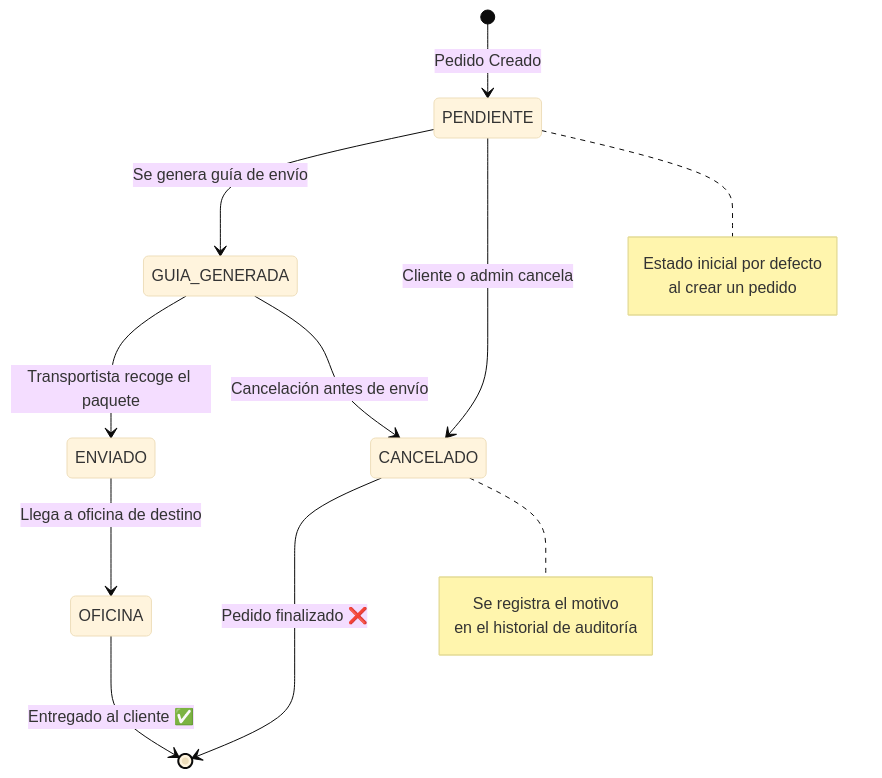
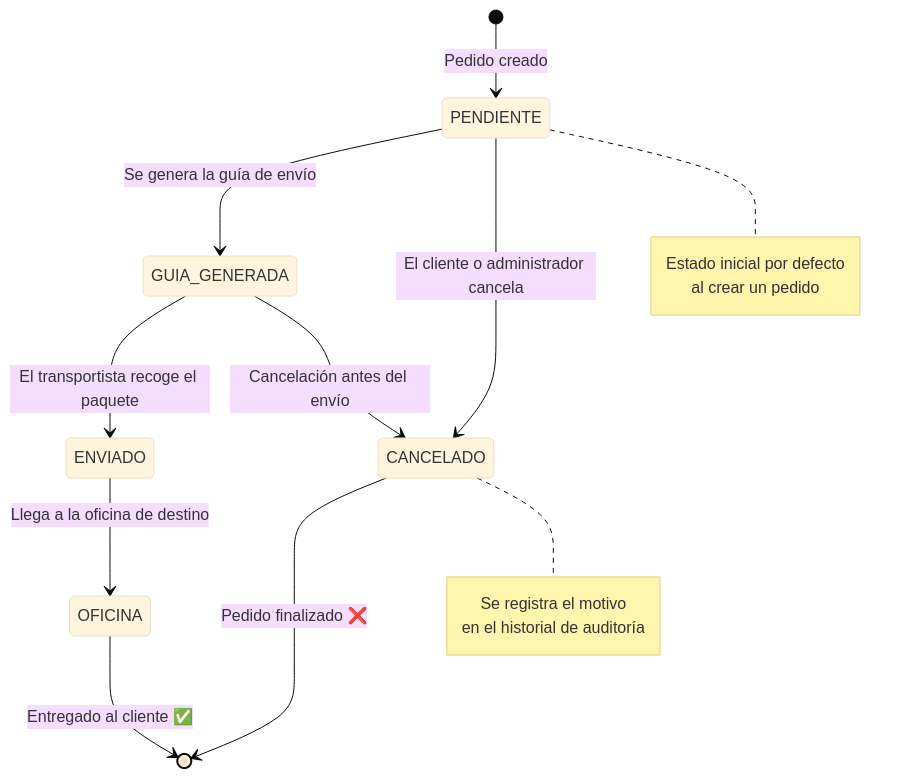
One commit to sernapereira/crm-lastere changed the third of 5 diagrams in README.md. Above: the diagram before and after it, drawn with Mermaid (base theme). The commit also changed other lines of this file, not shown here.

````diff
--- a/README.md
+++ b/README.md
@@ -247,23 +247,23 @@
 ```mermaid
 stateDiagram-v2
-    [*] --> PENDIENTE: Pedido Creado
-    PENDIENTE --> GUIA_GENERADA: Se genera guía de envío
-    GUIA_GENERADA --> ENVIADO: Transportista recoge el paquete
-    ENVIADO --> OFICINA: Llega a oficina de destino
+    [*] --> PENDIENTE: Pedido creado
+    PENDIENTE --> GUIA_GENERADA: Se genera la guía de envío
+    GUIA_GENERADA --> ENVIADO: El transportista recoge el paquete
+    ENVIADO --> OFICINA: Llega a la oficina de destino
     OFICINA --> [*]: Entregado al cliente ✅
 
-    PENDIENTE --> CANCELADO: Cliente o admin cancela
-    GUIA_GENERADA --> CANCELADO: Cancelación antes de envío
+    PENDIENTE --> CANCELADO: El cliente o administrador cancela
+    GUIA_GENERADA --> CANCELADO: Cancelación antes del envío
     
     CANCELADO --> [*]: Pedido finalizado ❌
 
     note right of PENDIENTE
         Estado inicial por defecto
         al crear un pedido
     end note
 
     note right of CANCELADO
         Se registra el motivo
         en el historial de auditoría
     end note
 ```
````
